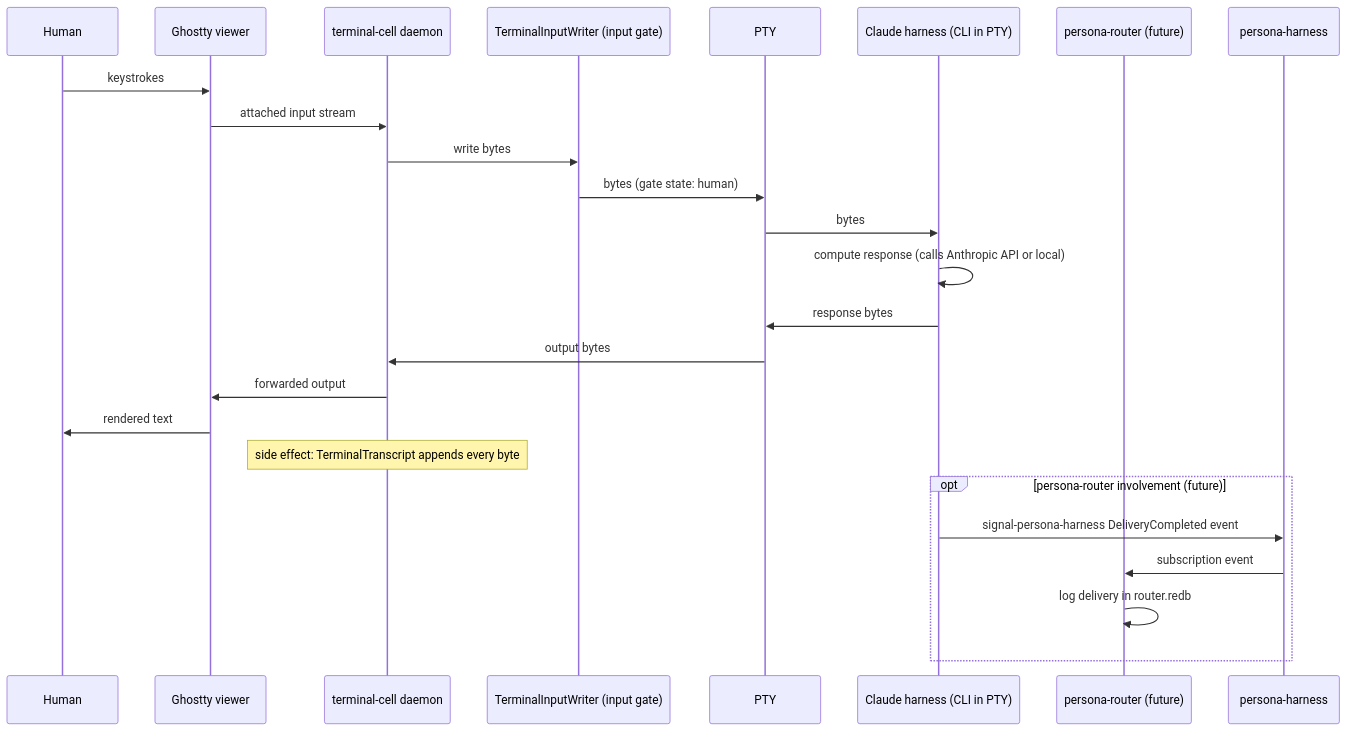
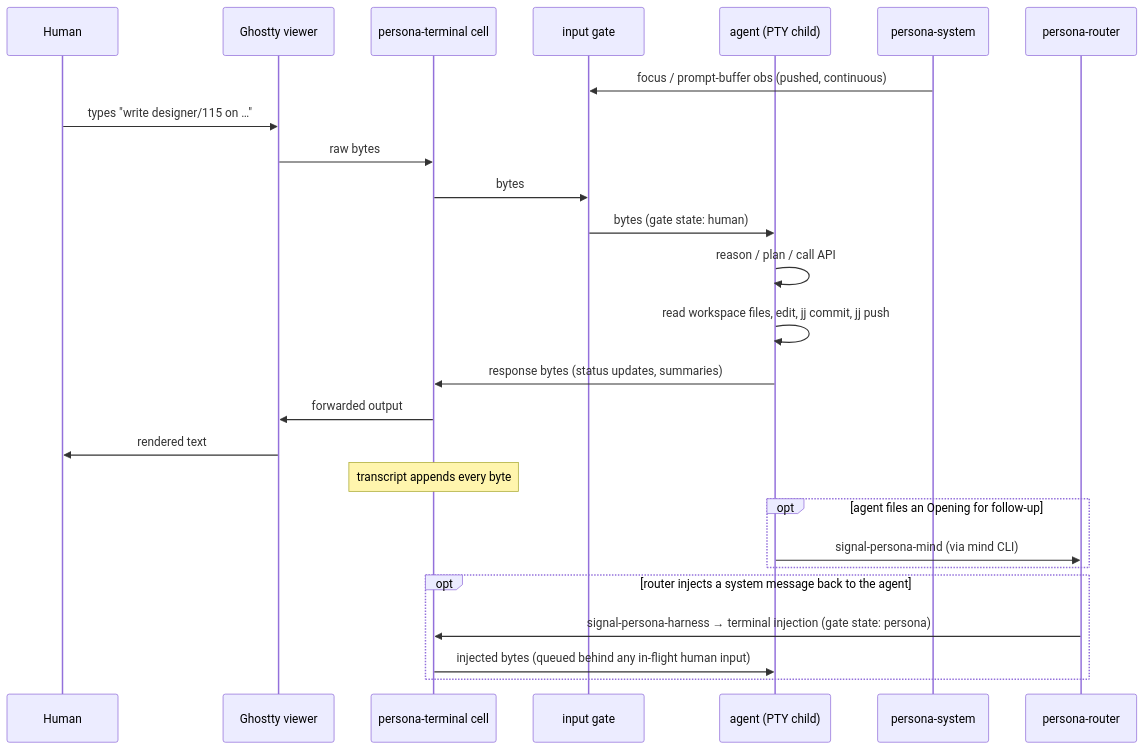
Before and after one commit to LiGoldragon/primary: diagram 16 of 18 in reports/designer/114-persona-vision-as-of-2026-05-11.md, drawn with Mermaid. The commit also changed other lines of this file, not shown here.

Commit message:
designer/114: apply Li 2026-05-11 corrections — drop WezTerm, add persona-message proxy visibly, system→terminal edge, smaller diagrams (3 instead of 1), agents inside terminal-cell, human-only-via-agent model

````diff
--- a/reports/designer/114-persona-vision-as-of-2026-05-11.md
+++ b/reports/designer/114-persona-vision-as-of-2026-05-11.md
@@ -1031,30 +982,33 @@
 ```mermaid
 sequenceDiagram
     participant Human
-    participant Ghostty as Ghostty viewer
-    participant Cell as terminal-cell daemon
-    participant Gate as TerminalInputWriter (input gate)
-    participant PTY
-    participant Claude as Claude harness (CLI in PTY)
-    participant Router as persona-router (future)
-    participant Harness as persona-harness
+    participant Viewer as Ghostty viewer
+    participant Cell as persona-terminal cell
+    participant Gate as input gate
+    participant Agent as agent (PTY child)
+    participant System as persona-system
+    participant Router as persona-router
 
-    Human->>Ghostty: keystrokes
-    Ghostty->>Cell: attached input stream
-    Cell->>Gate: write bytes
-    Gate->>PTY: bytes (gate state: human)
-    PTY->>Claude: bytes
-    Claude->>Claude: compute response (calls Anthropic API or local)
-    Claude->>PTY: response bytes
-    PTY->>Cell: output bytes
-    Cell->>Ghostty: forwarded output
-    Ghostty->>Human: rendered text
+    System->>Gate: focus / prompt-buffer obs (pushed, continuous)
 
-    Note over Cell: side effect: TerminalTranscript appends every byte
+    Human->>Viewer: types "write designer/115 on …"
+    Viewer->>Cell: raw bytes
+    Cell->>Gate: bytes
+    Gate->>Agent: bytes (gate state: human)
+    Agent->>Agent: reason / plan / call API
+    Agent->>Agent: read workspace files, edit, jj commit, jj push
+    Agent->>Cell: response bytes (status updates, summaries)
+    Cell->>Viewer: forwarded output
+    Viewer->>Human: rendered text
 
-    opt persona-router involvement (future)
-        Claude->>Harness: signal-persona-harness DeliveryCompleted event
-        Harness->>Router: subscription event
-        Router->>Router: log delivery in router.redb
+    Note over Cell: transcript appends every byte
+
+    opt agent files an Opening for follow-up
+        Agent->>Router: signal-persona-mind (via mind CLI)
+    end
+
+    opt router injects a system message back to the agent
+        Router->>Cell: signal-persona-harness → terminal injection (gate state: persona)
+        Cell->>Agent: injected bytes (queued behind any in-flight human input)
     end
 ```
````
